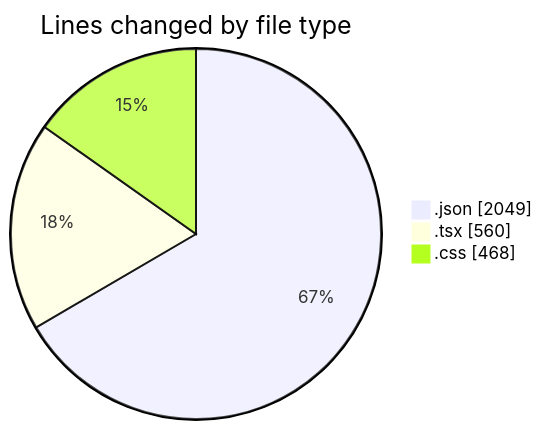
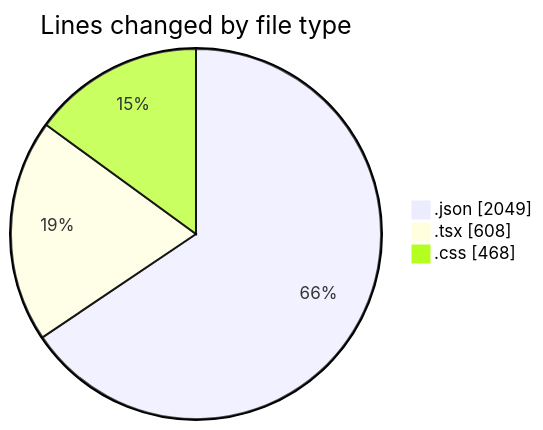
Before and after one commit to EIIisD/code-tracking: the first of 2 diagrams in 2025-08-14/ribbon/README.md, drawn with Mermaid. The commit also changed other lines of this file and 1 other file, not shown here.

````diff
--- a/2025-08-14/ribbon/README.md
+++ b/2025-08-14/ribbon/README.md
@@ -27,7 +27,7 @@
 ```mermaid
 pie showData
 title Lines changed by file type
 ".json" : 2049
-".tsx" : 560
+".tsx" : 608
 ".css" : 468
 ```
````
